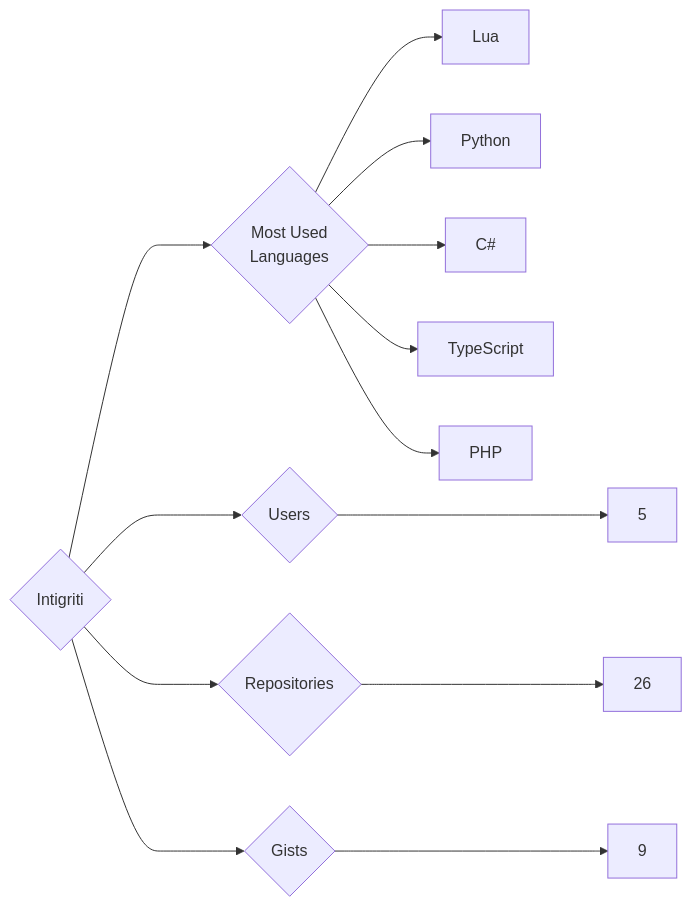
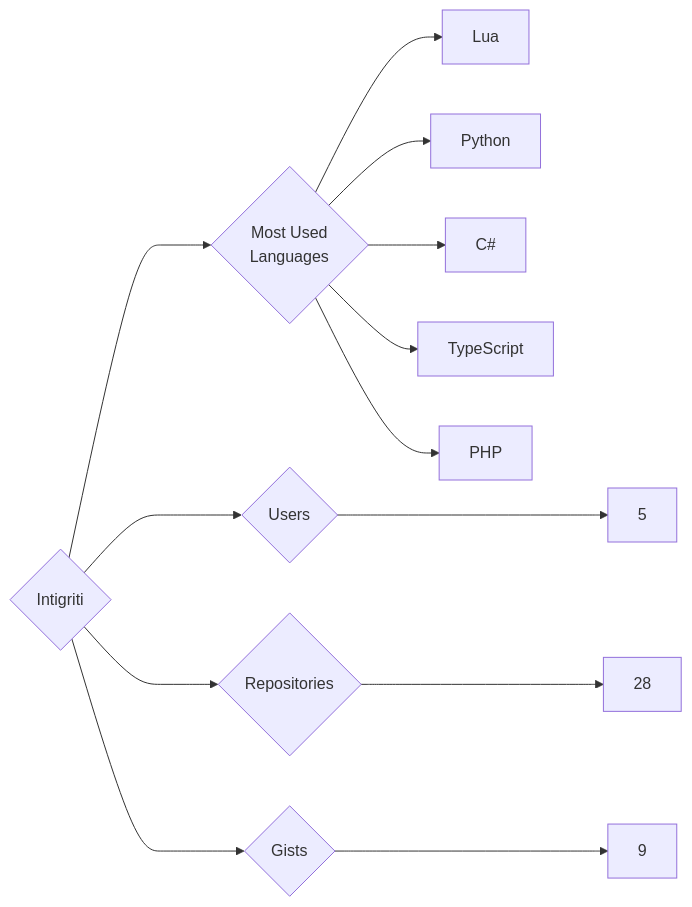
Before and after one commit to trickest/insiders: the diagram in targets/Intigriti/README.md, drawn with Mermaid. The commit also changed 942 other files, not shown here.

````diff
--- a/targets/Intigriti/README.md
+++ b/targets/Intigriti/README.md
@@ -3,13 +3,13 @@
 ```mermaid
 graph LR
 COMPANY_NAME{Intigriti}
 COMPANY_NAME ---> U{Users} ---> UN[5]
-COMPANY_NAME ---> R{Repositories} ---> RN[26]
+COMPANY_NAME ---> R{Repositories} ---> RN[28]
 COMPANY_NAME ---> G{Gists} ---> GN[9]
 COMPANY_NAME ---> ML{Most Used<br>Languages}
 ML --> Lua[Lua]
 ML --> Python[Python]
 ML --> C#[C#]
 ML --> TypeScript[TypeScript]
 ML --> PHP[PHP]
 ```
````
